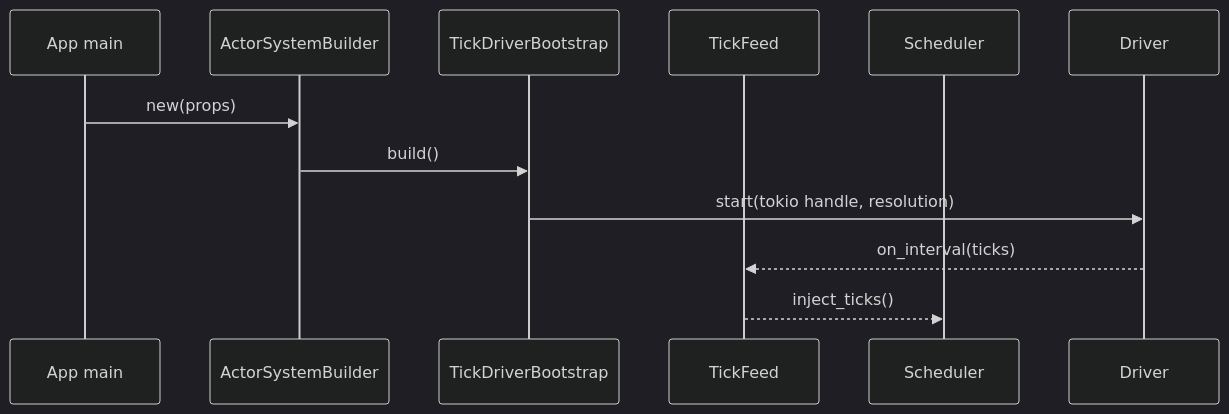
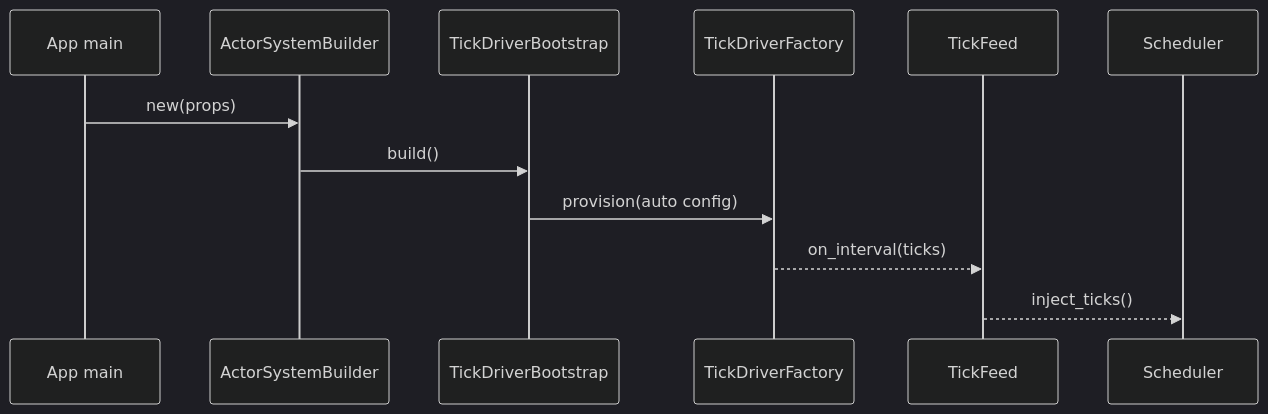
The second of 4 diagrams in .kiro/specs/scheduler-tick-driver-integration/design.md (j5ik2o/fraktor-rs), drawn with Mermaid (dark theme) before and after one commit. The commit also changed other lines of this file, not shown here.

Commit message:
feat: introduce TickExecutor and enhance TickDriver configuration for automatic tick supply

````diff
--- a/.kiro/specs/scheduler-tick-driver-integration/design.md
+++ b/.kiro/specs/scheduler-tick-driver-integration/design.md
@@ -76,13 +88,14 @@
 ```mermaid
 sequenceDiagram
   participant App as App main
   participant Builder as ActorSystemBuilder
   participant Bootstrap as TickDriverBootstrap
+  participant Factory as TickDriverFactory
   participant Feed as TickFeed
   participant Scheduler as Scheduler
   App->>Builder: new(props)
   Builder->>Bootstrap: build()
-  Bootstrap->>Driver: start(tokio handle, resolution)
-  Driver-->>Feed: on_interval(ticks)
+  Bootstrap->>Factory: provision(auto config)
+  Factory-->>Feed: on_interval(ticks)
   Feed-->>Scheduler: inject_ticks()
 ```
````
